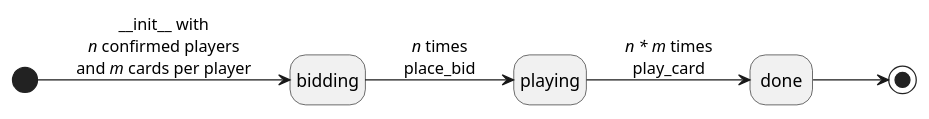
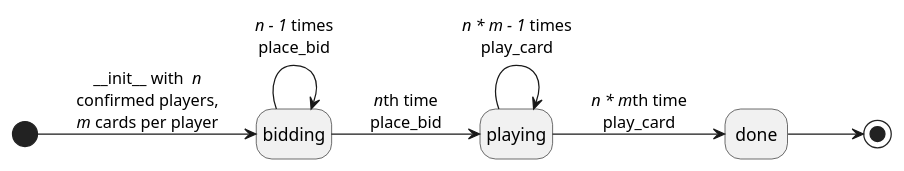
Before and after one commit to pcrama/rikiki: the third of 3 diagrams in README.org, drawn with PlantUML. The commit also changed other lines of this file and 4 other files, not shown here.

```diff
--- a/README.org
+++ b/README.org
@@ -132,8 +133,10 @@
 #+BEGIN_SRC plantuml :file doc/models_round_state_diagram.png
   hide empty description
   left to right direction
-  [*] --> bidding : _~_init~_~_ with\n//n// confirmed players\nand //m// cards per player
-  bidding --> playing : //n// times\nplace_bid
-  playing --> done : //n * m// times\nplay_card
+  [*] --> bidding : _~_init~_~_ with  //n//\nconfirmed players,\n//m// cards per player
+  bidding --> bidding : //n - 1// times\nplace_bid
+  bidding --> playing : //n//th time\nplace_bid
+  playing --> playing : //n * m - 1// times\nplay_card
+  playing --> done : //n * m//th time\nplay_card
   done --> [*]
 #+END_SRC
```
